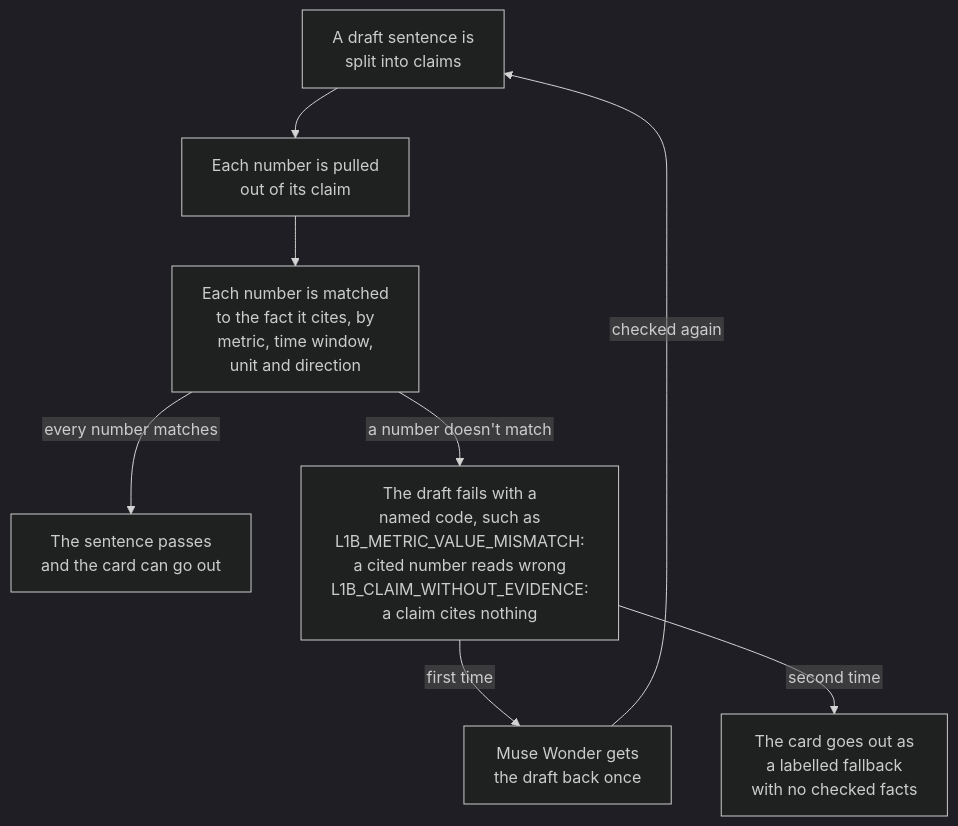
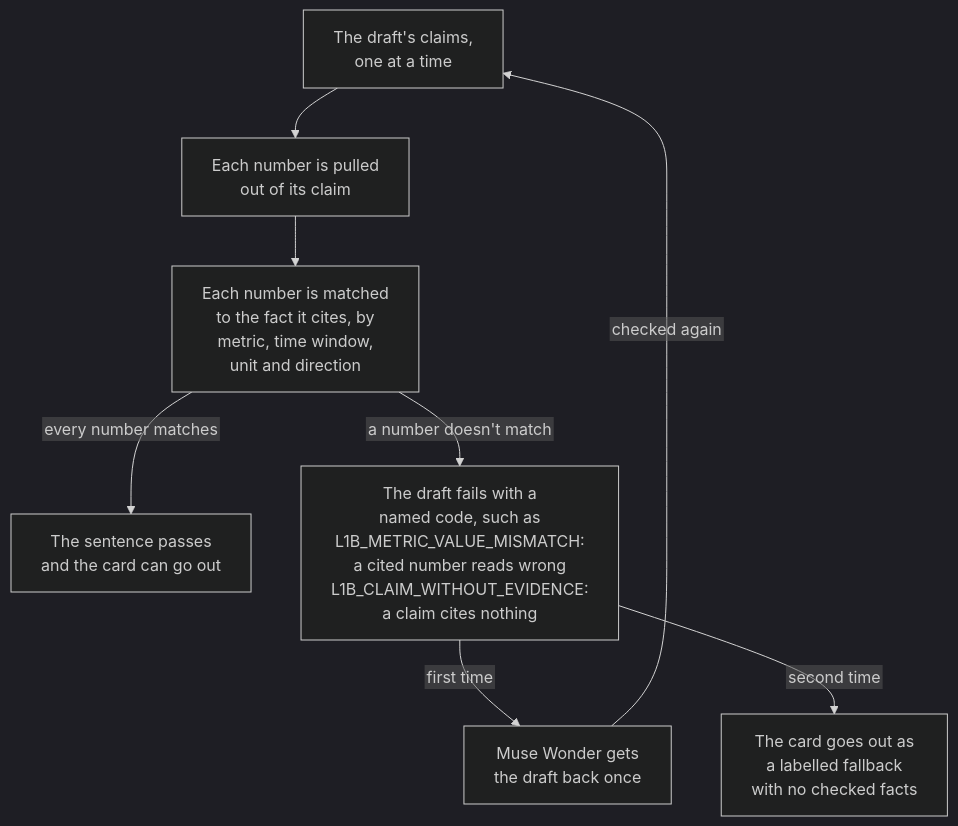
Before and after one commit to macayaven/ikigai-loop: the second of 3 diagrams in README.md, drawn with Mermaid (dark theme). The commit also changed other lines of this file, not shown here.

Commit message:
Docs 12: narrower claims and two diagram fixes, from outside graders

````diff
--- a/README.md
+++ b/README.md
@@ -66,16 +66,16 @@
 ```mermaid
 %%{init: {"flowchart": {"htmlLabels": false}}}%%
 flowchart TD
-    Split["A draft sentence is<br/>split into claims"]
+    Split["The draft's claims,<br/>one at a time"]
     Pull["Each number is pulled<br/>out of its claim"]
     Match["Each number is matched<br/>to the fact it cites, by<br/>metric, time window,<br/>unit and direction"]
     Pass["The sentence passes<br/>and the card can go out"]
     Fail["The draft fails with a<br/>named code, such as<br/>L1B_METRIC_VALUE_MISMATCH:<br/>a cited number reads wrong<br/>L1B_CLAIM_WITHOUT_EVIDENCE:<br/>a claim cites nothing"]
     Once["Muse Wonder gets<br/>the draft back once"]
     Fallback["The card goes out as<br/>a labelled fallback<br/>with no checked facts"]
     Split --> Pull --> Match
     Match -- "every number matches" --> Pass
     Match -- "a number doesn't match" --> Fail
     Fail -- "first time" --> Once -- "checked again" --> Split
     Fail -- "second time" --> Fallback
 ```
````
